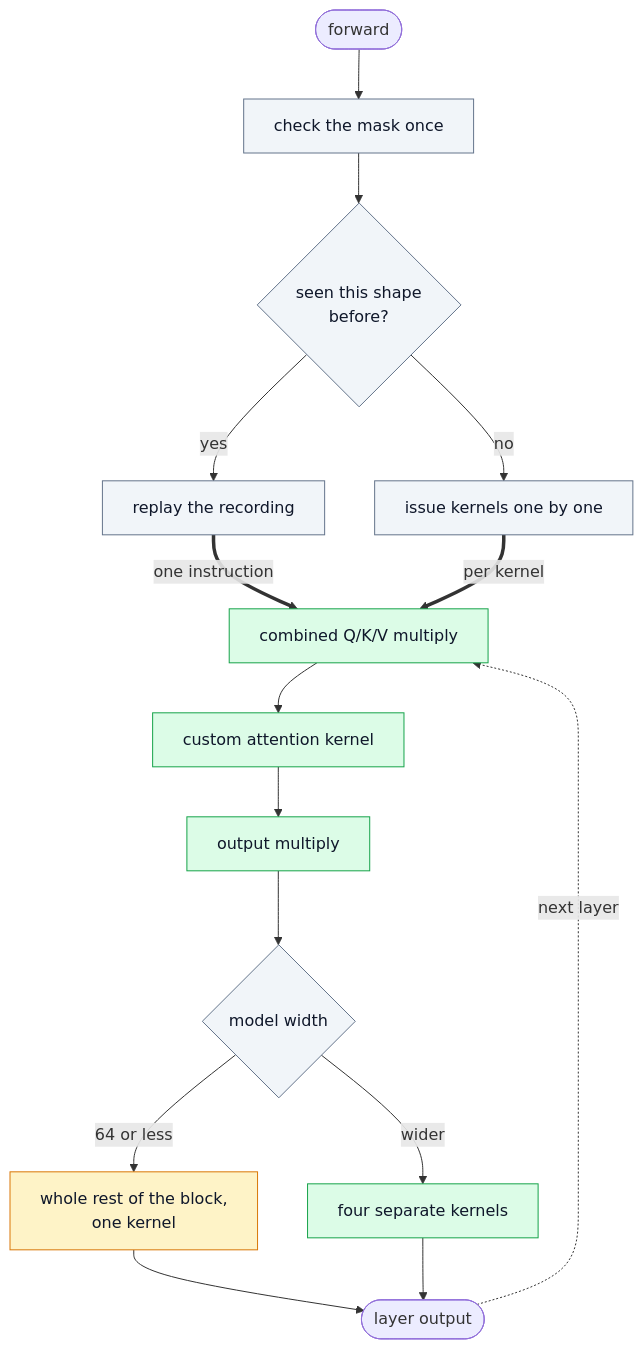
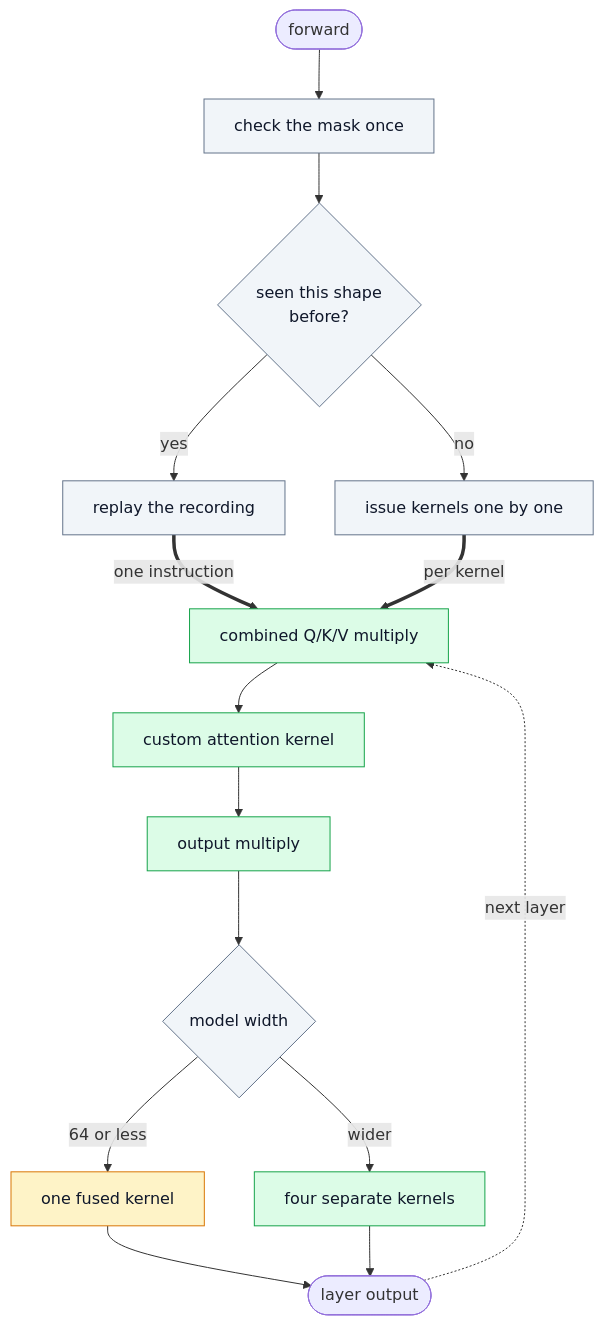
One commit to jazwinn/Distraction-OptimizedTransformerLayer changed the diagram in README.md. Above: the diagram before and after it, drawn with Mermaid. The commit also changed 4 other files, not shown here.

````diff
--- a/README.md
+++ b/README.md
@@ -76,23 +76,23 @@
 ```mermaid
 flowchart TD
     entry(["forward"]) --> probe["check the mask once"]
     probe --> cache{"seen this shape<br/>before?"}
     cache -->|"yes"| replay["replay the recording"]
     cache -->|"no"| eager["issue kernels one by one"]
 
     replay ==>|"one instruction"| qkv["combined Q/K/V multiply"]
     eager ==>|"per kernel"| qkv
     qkv --> attn["custom attention kernel"] --> outp["output multiply"] --> gate{"model width"}
-    gate -->|"64 or less"| fused["whole rest of the block,<br/>one kernel"]
+    gate -->|"64 or less"| fused["one fused kernel"]
     gate -->|"wider"| chain["four separate kernels"]
     fused --> out(["layer output"])
     chain --> out
     out -.->|"next layer"| qkv
 
     classDef host fill:#f1f5f9,stroke:#64748b,color:#0f172a;
     classDef dev fill:#dcfce7,stroke:#16a34a,color:#0f172a;
     classDef fuse fill:#fef3c7,stroke:#d97706,color:#0f172a;
     class probe,cache,replay,eager,gate host;
     class qkv,attn,outp,chain dev;
     class fused fuse;
 ```
````
